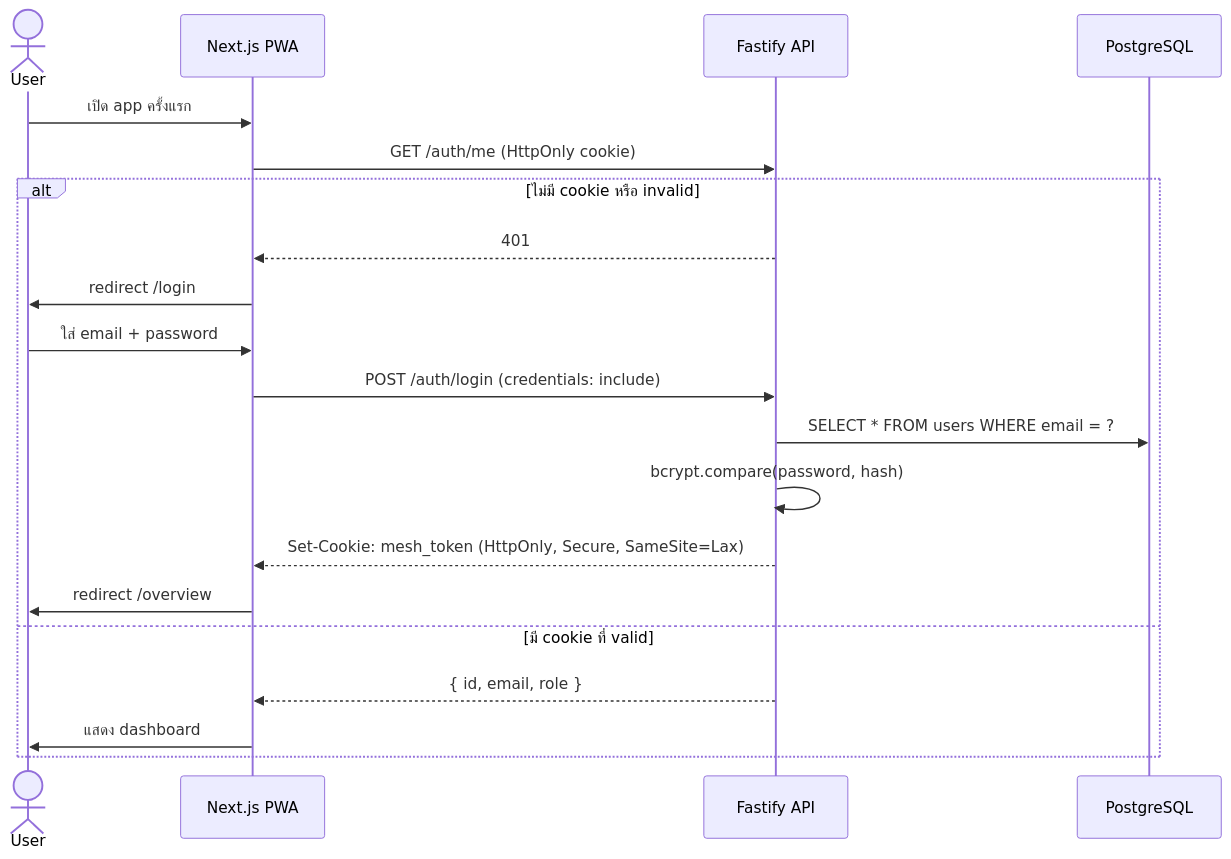
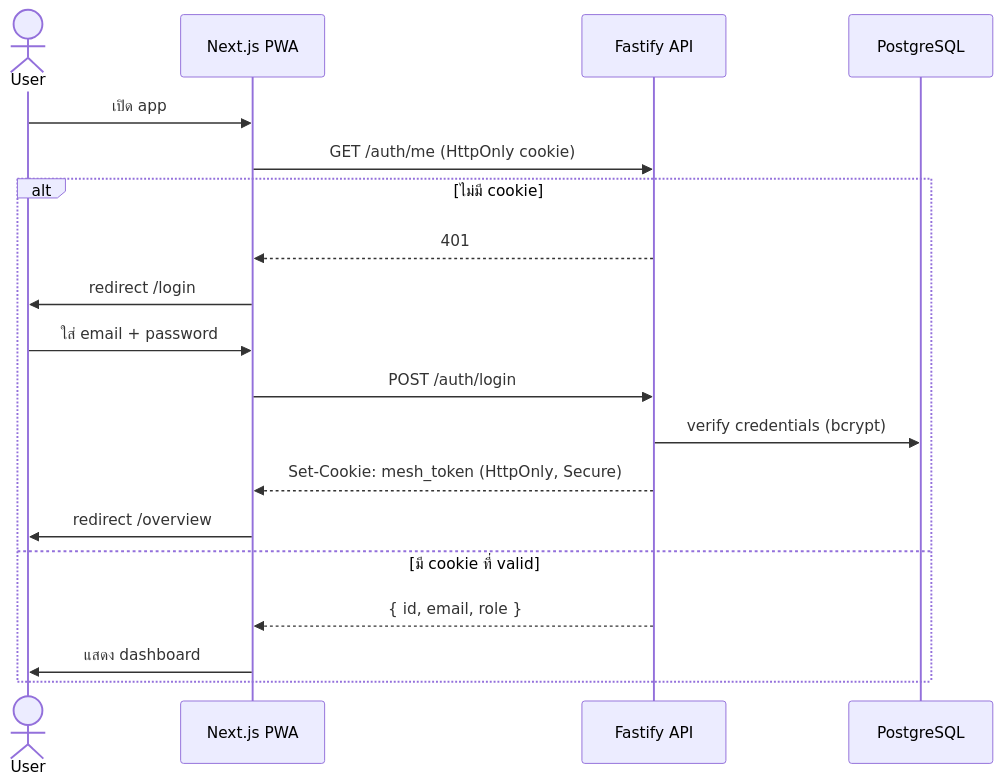
Before and after one commit to itseed/mesh-agent: the fourth of 4 diagrams in README.md, drawn with Mermaid. The commit also changed other lines of this file, not shown here.

First line of the commit message:
docs: rewrite README with usage guide, full env vars, and sequence diagrams

````diff
--- a/README.md
+++ b/README.md
@@ -154,23 +393,22 @@
 ```mermaid
 sequenceDiagram
     actor User
     participant Web as Next.js PWA
     participant API as Fastify API
     participant DB as PostgreSQL
 
-    User->>Web: เปิด app ครั้งแรก
+    User->>Web: เปิด app
     Web->>API: GET /auth/me (HttpOnly cookie)
-    alt ไม่มี cookie หรือ invalid
+    alt ไม่มี cookie
         API-->>Web: 401
         Web->>User: redirect /login
         User->>Web: ใส่ email + password
-        Web->>API: POST /auth/login (credentials: include)
-        API->>DB: SELECT * FROM users WHERE email = ?
-        API->>API: bcrypt.compare(password, hash)
-        API-->>Web: Set-Cookie: mesh_token (HttpOnly, Secure, SameSite=Lax)
+        Web->>API: POST /auth/login
+        API->>DB: verify credentials (bcrypt)
+        API-->>Web: Set-Cookie: mesh_token (HttpOnly, Secure)
         Web->>User: redirect /overview
     else มี cookie ที่ valid
         API-->>Web: { id, email, role }
         Web->>User: แสดง dashboard
     end
 ```
````
